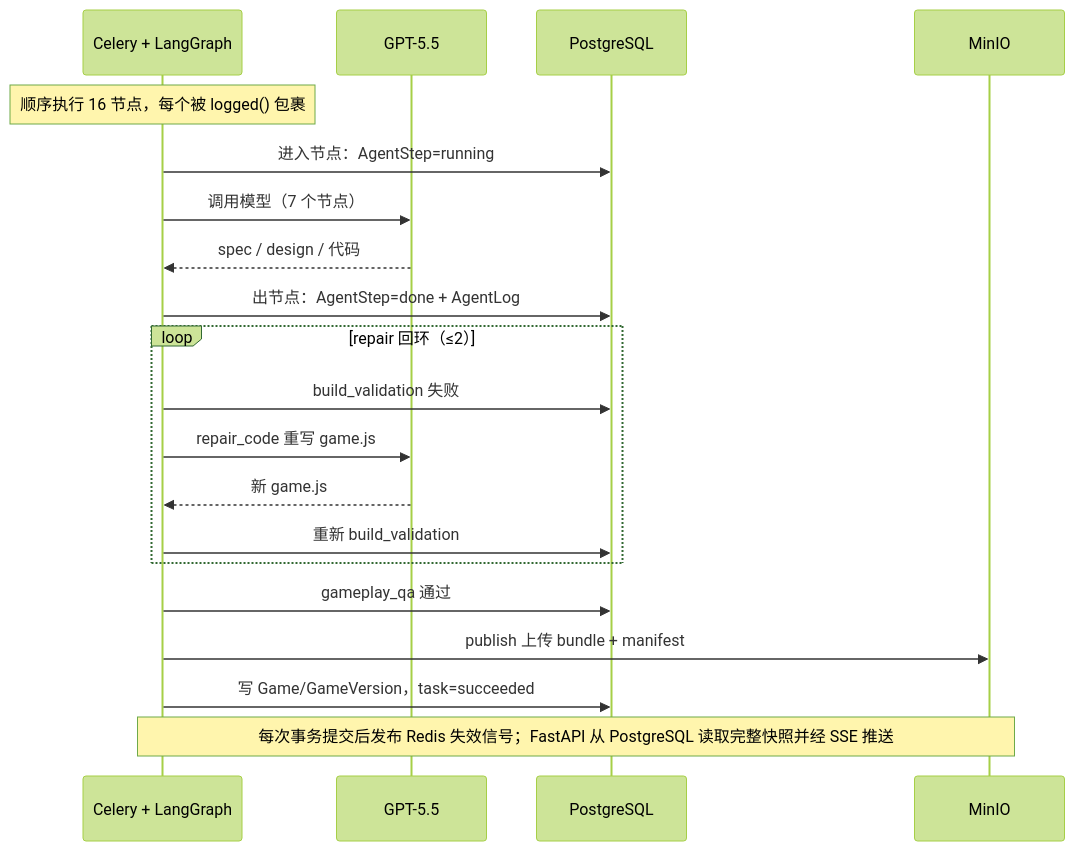
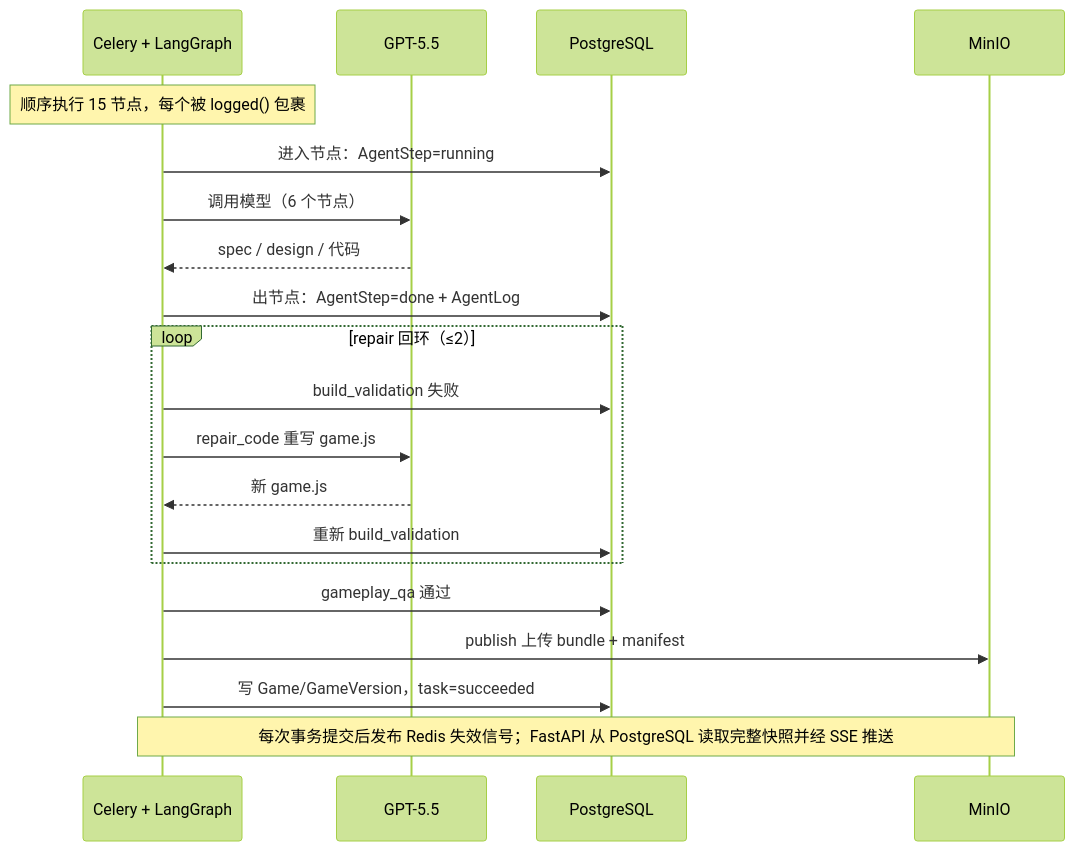
Before and after one commit to charlie11sun-netizen/yahaha: the seventh of 8 diagrams in docs/系统架构.md, drawn with Mermaid (forest theme). The commit also changed other lines of this file and 14 other files, not shown here.

````diff
--- a/docs/系统架构.md
+++ b/docs/系统架构.md
@@ -348,23 +346,23 @@
 ```mermaid
 sequenceDiagram
     participant W as Celery + LangGraph
     participant M as GPT-5.5
     participant DB as PostgreSQL
     participant S3 as MinIO
 
-    Note over W: 顺序执行 16 节点，每个被 logged() 包裹
+    Note over W: 顺序执行 15 节点，每个被 logged() 包裹
     W->>DB: 进入节点：AgentStep=running
-    W->>M: 调用模型（7 个节点）
+    W->>M: 调用模型（6 个节点）
     M-->>W: spec / design / 代码
     W->>DB: 出节点：AgentStep=done + AgentLog
     loop repair 回环（≤2）
         W->>DB: build_validation 失败
         W->>M: repair_code 重写 game.js
         M-->>W: 新 game.js
         W->>DB: 重新 build_validation
     end
     W->>DB: gameplay_qa 通过
     W->>S3: publish 上传 bundle + manifest
     W->>DB: 写 Game/GameVersion，task=succeeded
     Note over W,S3: 每次事务提交后发布 Redis 失效信号；FastAPI 从 PostgreSQL 读取完整快照并经 SSE 推送
 ```
````
